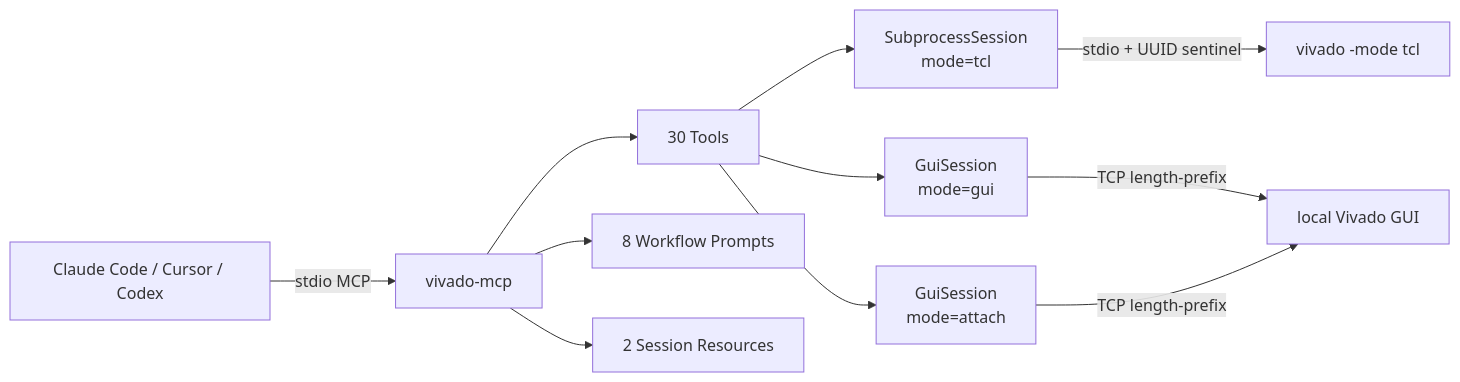
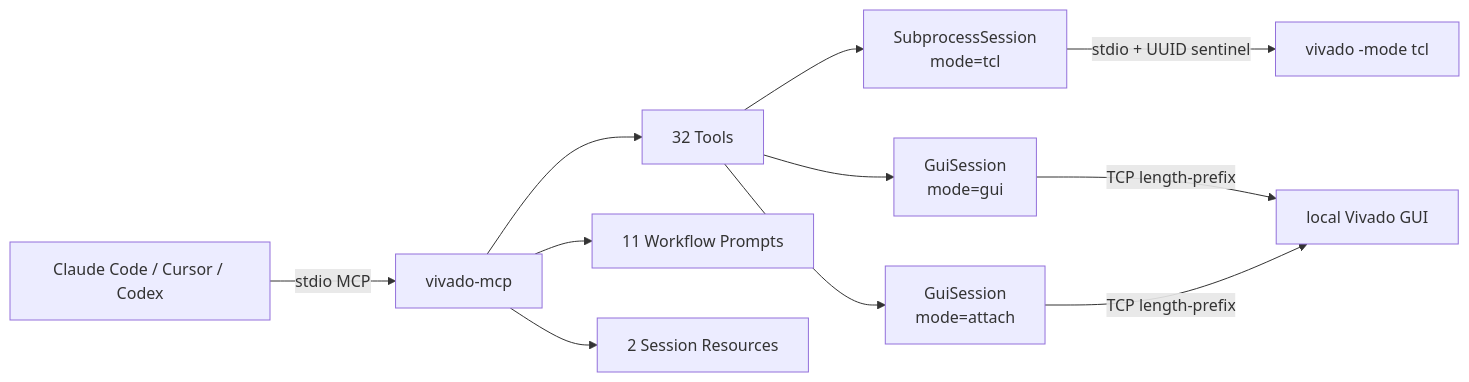
One commit to mapleleavessssssss-wq/vivado-mcp changed the diagram in README.md. Above: the diagram before and after it, drawn with Mermaid. The commit also changed other lines of this file and 47 other files, not shown here.

````diff
--- a/README.md
+++ b/README.md
@@ -506,13 +539,13 @@
 ```mermaid
 flowchart LR
     Agent["Claude Code / Cursor / Codex"] -->|"stdio MCP"| MCP["vivado-mcp"]
-    MCP --> Tools["30 Tools"]
-    MCP --> Prompts["8 Workflow Prompts"]
+    MCP --> Tools["32 Tools"]
+    MCP --> Prompts["11 Workflow Prompts"]
     MCP --> Resources["2 Session Resources"]
     Tools --> Tcl["SubprocessSession\nmode=tcl"]
     Tools --> Gui["GuiSession\nmode=gui"]
     Tools --> Attach["GuiSession\nmode=attach"]
     Tcl -->|"stdio + UUID sentinel"| VivadoTcl["vivado -mode tcl"]
     Gui -->|"TCP length-prefix"| VivadoGui["local Vivado GUI"]
     Attach -->|"TCP length-prefix"| VivadoGui
 ```
````
